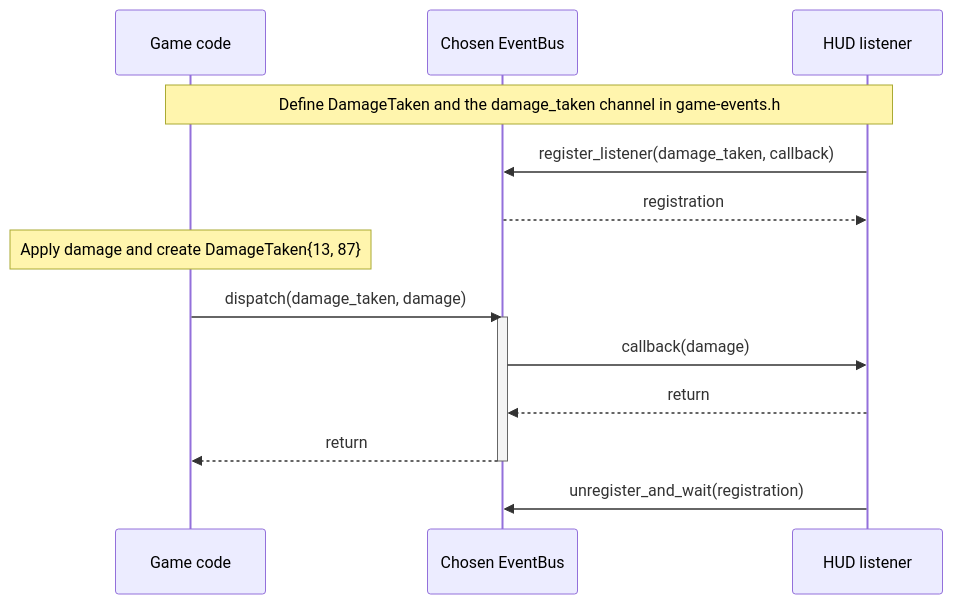
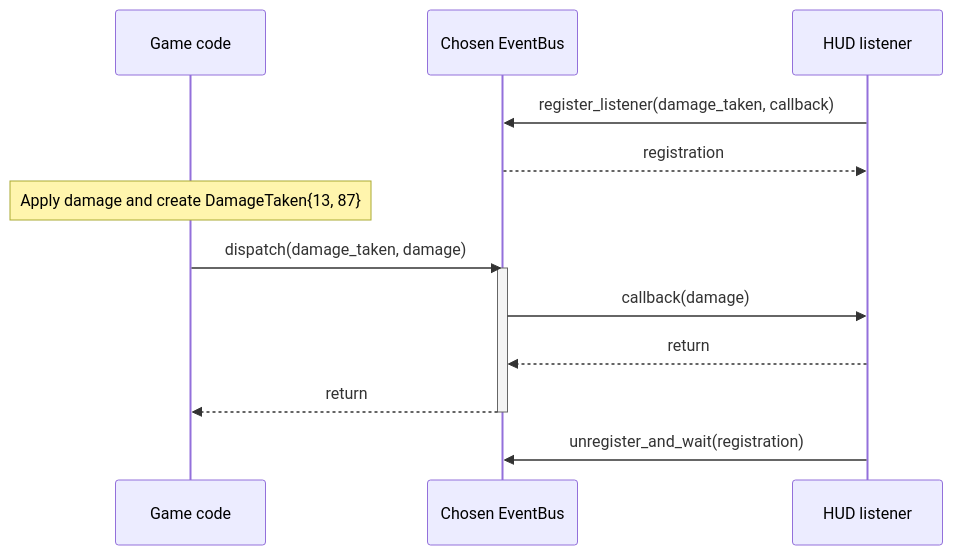
Before and after one commit to cppcooper/cheryl-engine: the second of 3 diagrams in docs/site/getting-started/create-a/event.md, drawn with Mermaid.

Commit message:
Removes the spanning setup note from the Events sequence
Starts the subscribe, publish and cleanup diagram with listener registration.
The shared-header prerequisite remains in the preceding tutorial prose rather
than spanning all three participant lifelines.

Verification: a focused Sphinx fixture builds without warnings, and the updated
sequence renders in Firefox with the existing bundled Mermaid assets. The
normal generated site has not been rebuilt.

````diff
--- a/docs/site/getting-started/create-a/event.md
+++ b/docs/site/getting-started/create-a/event.md
@@ -72,19 +72,18 @@
 ```mermaid
 sequenceDiagram
     accTitle: Create, listen, dispatch and stop listening
     accDescr: A HUD registers its callback. Game code creates a DamageTaken value and dispatches it. The bus calls the HUD before returning. The HUD unregisters when finished.
     participant Game as Game code
     participant Bus as Chosen EventBus
     participant HUD as HUD listener
-    Note over Game,HUD: Define DamageTaken and the damage_taken channel in game-events.h
     HUD->>Bus: register_listener(damage_taken, callback)
     Bus-->>HUD: registration
     Note over Game: Apply damage and create DamageTaken{13, 87}
     Game->>Bus: dispatch(damage_taken, damage)
     activate Bus
     Bus->>HUD: callback(damage)
     HUD-->>Bus: return
     Bus-->>Game: return
     deactivate Bus
     HUD->>Bus: unregister_and_wait(registration)
 ```
````
